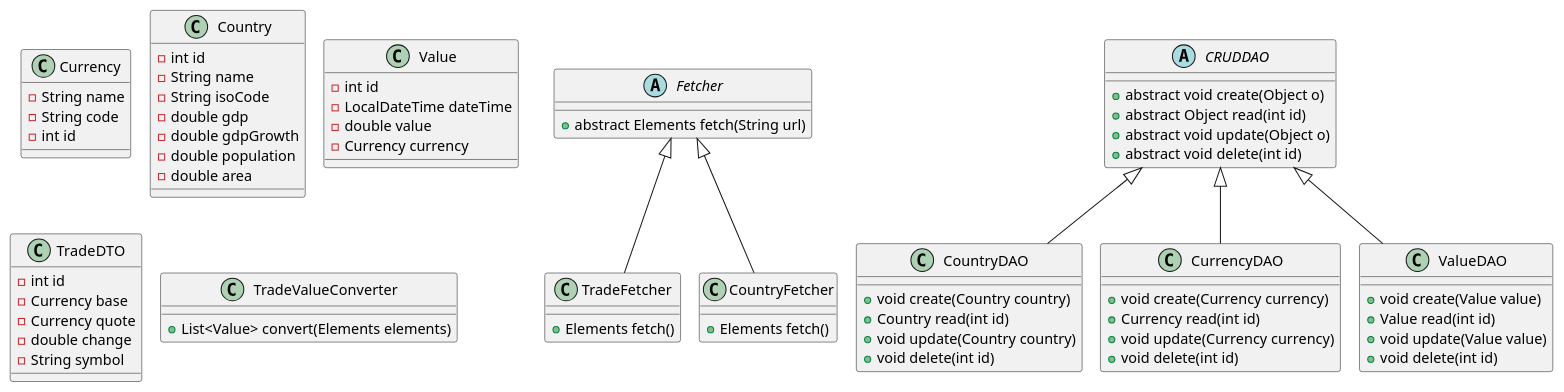
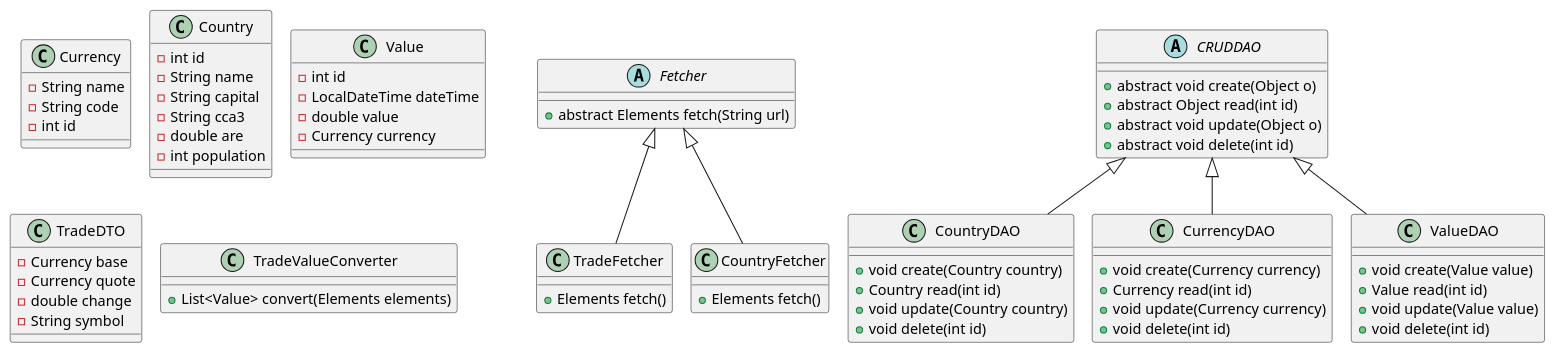
The diagram in Documentation/ClassDiagram.puml (TheRealJackiBoi/java-deepdive-final), drawn with PlantUML before and after one commit. The commit also changed 3 other files, not shown here.

```diff
--- a/Documentation/ClassDiagram.puml
+++ b/Documentation/ClassDiagram.puml
@@ -1,87 +1,85 @@
 @startuml
 'https://plantuml.com/class-diagram
 !pragma layout smetana
 
 
 class Currency {
     -String name
     -String code
     -int id
 }
 
 class Country {
     -int id
     -String name
-    -String isoCode
-    -double gdp
-    -double gdpGrowth
-    -double population
-    -double area
+    -String capital
+    -String cca3
+    -double are
+    -int population
 }
 
 class Value {
     -int id
     -LocalDateTime dateTime
     -double value
     -Currency currency
 }
 
 class TradeDTO {
-    -int id
     -Currency base
     -Currency quote
     -double change
     -String symbol
 }
 
 abstract class Fetcher {
     +abstract Elements fetch(String url)
 }
 
 class TradeFetcher extends Fetcher {
 
     +Elements fetch()
 }
 
 class CountryFetcher extends Fetcher {
 
     +Elements fetch()
 }
 
 abstract class CRUDDAO {
     +abstract void create(Object o)
     +abstract Object read(int id)
     +abstract void update(Object o)
     +abstract void delete(int id)
 }
 
 class CountryDAO extends CRUDDAO{
     +void create(Country country)
     +Country read(int id)
     +void update(Country country)
     +void delete(int id)
 }
 
 class CurrencyDAO extends CRUDDAO{
     +void create(Currency currency)
     +Currency read(int id)
     +void update(Currency currency)
     +void delete(int id)
 }
 
 class ValueDAO extends CRUDDAO{
     +void create(Value value)
     +Value read(int id)
     +void update(Value value)
     +void delete(int id)
 }
 
 class TradeValueConverter {
     +List<Value> convert(Elements elements)
 }
 
 
 
 
 
 @enduml
```
